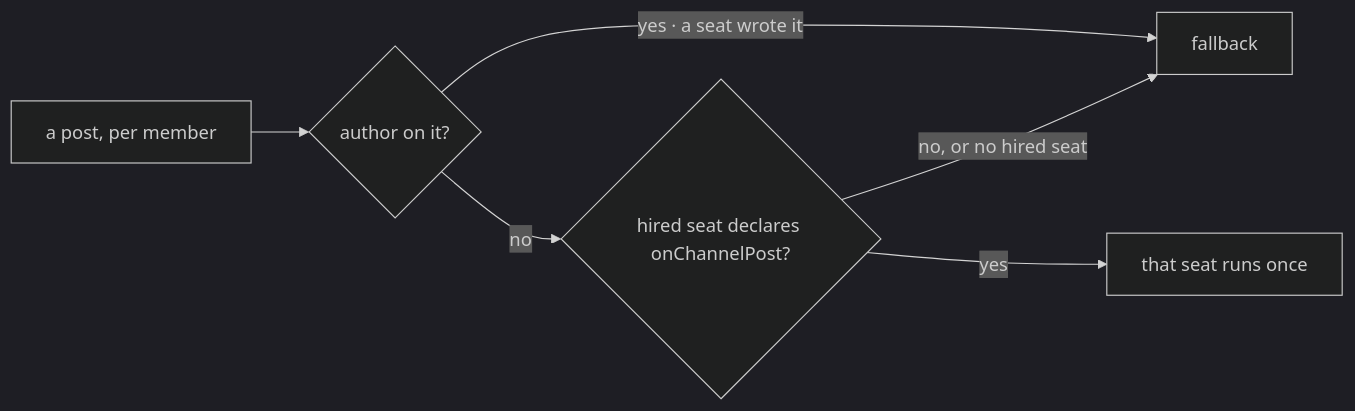
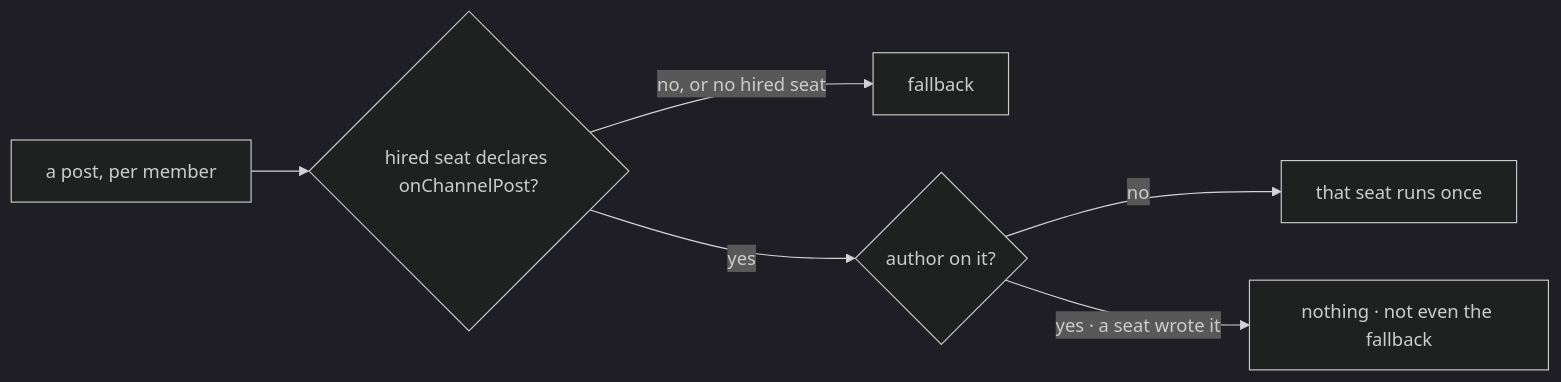
One commit to fixpoint-labs/flow-state-dev changed the diagram in specs/issues/FIX-1602/BUSINESS-RULES.md. Above: the diagram before and after it, drawn with Mermaid (dark theme). The commit also changed other lines of this file and 5 other files, not shown here.

````diff
--- a/specs/issues/FIX-1602/BUSINESS-RULES.md
+++ b/specs/issues/FIX-1602/BUSINESS-RULES.md
@@ -21,8 +20,8 @@
 ```mermaid
 flowchart LR
-  P["a post, per member"] --> A{"author on it?"}
-  A -->|"yes · a seat wrote it"| F["fallback"]
-  A -->|"no"| S{"hired seat declares onChannelPost?"}
-  S -->|"yes"| W["that seat runs once"]
-  S -->|"no, or no hired seat"| F
+  P["a post, per member"] --> S{"hired seat declares onChannelPost?"}
+  S -->|"no, or no hired seat"| F["fallback"]
+  S -->|"yes"| A{"author on it?"}
+  A -->|"no"| W["that seat runs once"]
+  A -->|"yes · a seat wrote it"| N["nothing · not even the fallback"]
 ```
````
